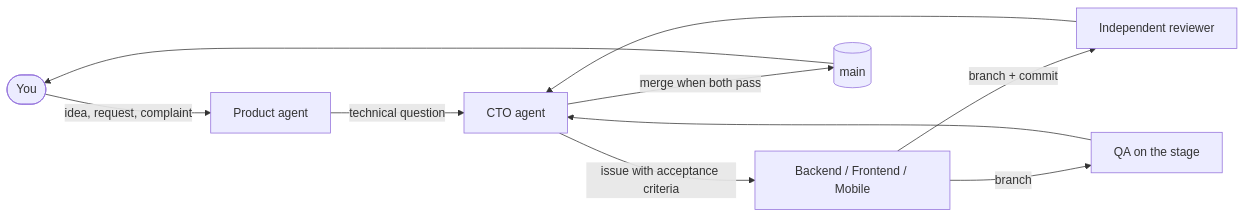
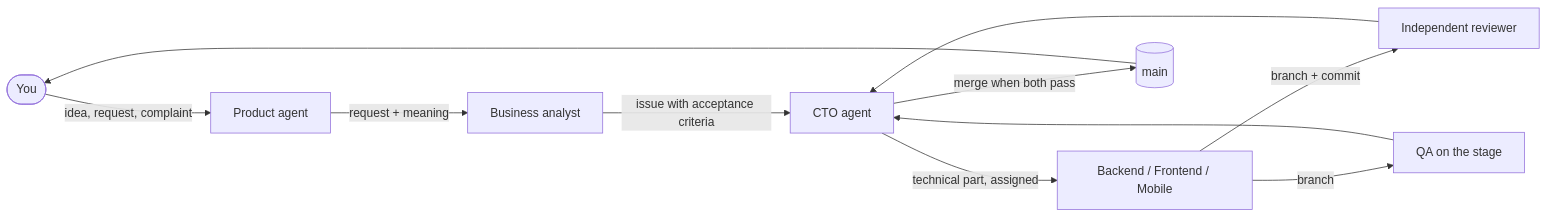
Before and after one commit to ioncat/teamkit: the diagram in README.md, drawn with Mermaid. The commit also changed other lines of this file and 21 other files, not shown here.

Commit message:
feat(roles): the business analyst does the discovery and writes the tasks; the independent check becomes the Logic Checker (0.4.2)

````diff
--- a/README.md
+++ b/README.md
@@ -35,12 +35,13 @@
 ```mermaid
 flowchart LR
     O([You]) -->|idea, request, complaint| P[Product agent]
-    P -->|technical question| C[CTO agent]
-    C -->|issue with acceptance criteria| D[Backend / Frontend / Mobile]
+    P -->|request + meaning| A[Business analyst]
+    A -->|issue with acceptance criteria| C[CTO agent]
+    C -->|technical part, assigned| D[Backend / Frontend / Mobile]
     D -->|branch + commit| R[Independent reviewer]
     D -->|branch| Q[QA on the stage]
     R --> C
     Q --> C
     C -->|merge when both pass| M[(main)]
     M --> O
 ```
````
